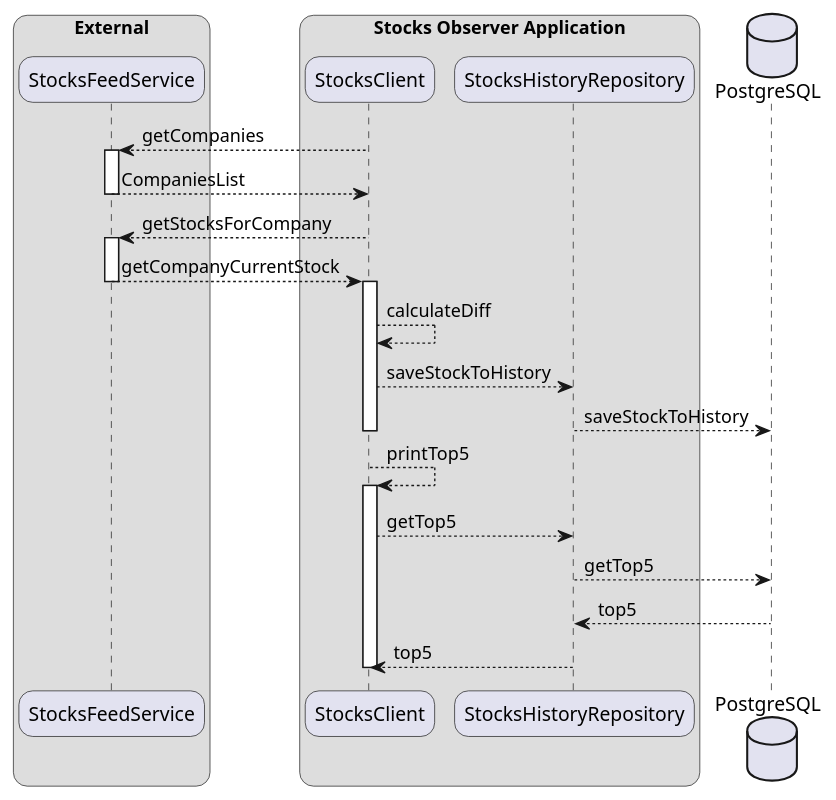
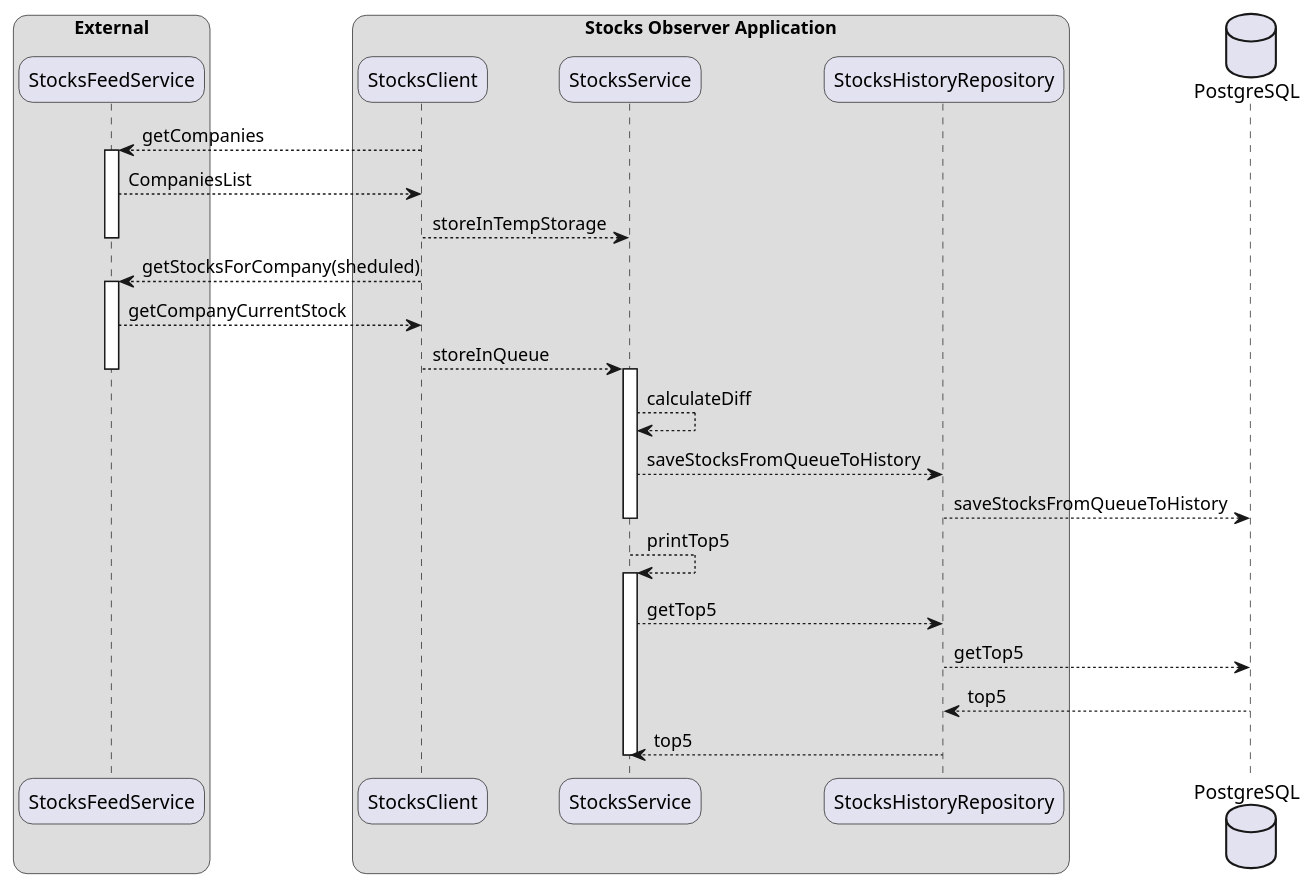
One commit to Viterg/stocks-observer changed the diagram in docs/Stocks processing.puml. Above: the diagram before and after it, drawn with PlantUML. The commit also changed 7 other files, not shown here.

```diff
--- a/docs/Stocks processing.puml
+++ b/docs/Stocks processing.puml
@@ -1,40 +1,43 @@
 @startuml
 skinparam sequenceArrowThickneSFC 2
 skinparam roundcorner 20
 
 database PostgreSQL as DB order 80
 
 box "External"
 participant StocksFeedService as SFC
 end box
 
 box "Stocks Observer Application"
 participant StocksClient as SC
+participant StocksService as SS
 participant StocksHistoryRepository as SHR
 end box
 
 SC --> SFC: getCompanies
 activate SFC
 SC <-- SFC: CompaniesList
+SC --> SS: storeInTempStorage
 deactivate SFC
 
-SC --> SFC: getStocksForCompany
+SC --> SFC: getStocksForCompany(sheduled)
 activate SFC
 SC <-- SFC: getCompanyCurrentStock
+SC --> SS: storeInQueue
 deactivate SFC
 
-activate SC
-SC --> SC: calculateDiff
-SC --> SHR: saveStockToHistory
-SHR --> DB: saveStockToHistory
-deactivate SC
+activate SS
+SS --> SS: calculateDiff
+SS --> SHR: saveStocksFromQueueToHistory
+SHR --> DB: saveStocksFromQueueToHistory
+deactivate SS
 
-SC --> SC: printTop5
-activate SC
-SC --> SHR: getTop5
+SS --> SS: printTop5
+activate SS
+SS --> SHR: getTop5
 SHR --> DB: getTop5
 SHR <-- DB: top5
-SC <-- SHR: top5
-deactivate SC
+SS <-- SHR: top5
+deactivate SS
 
 @enduml
```
